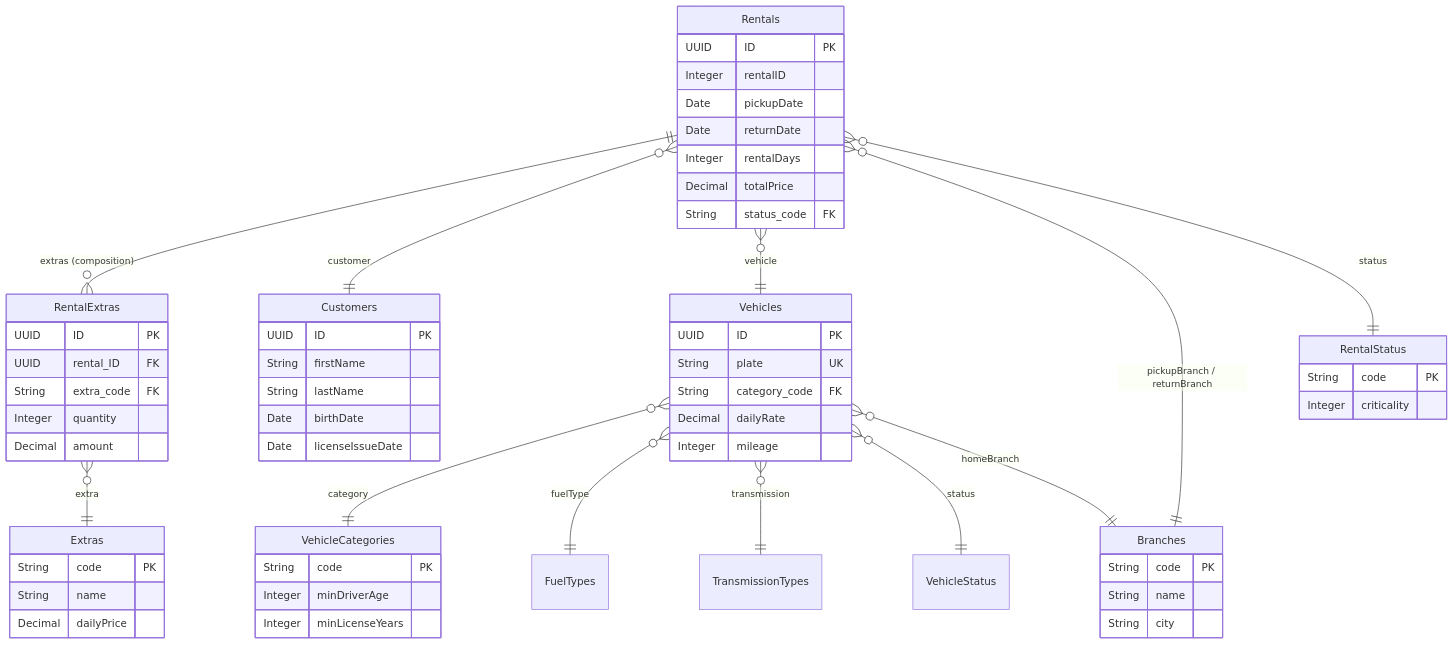
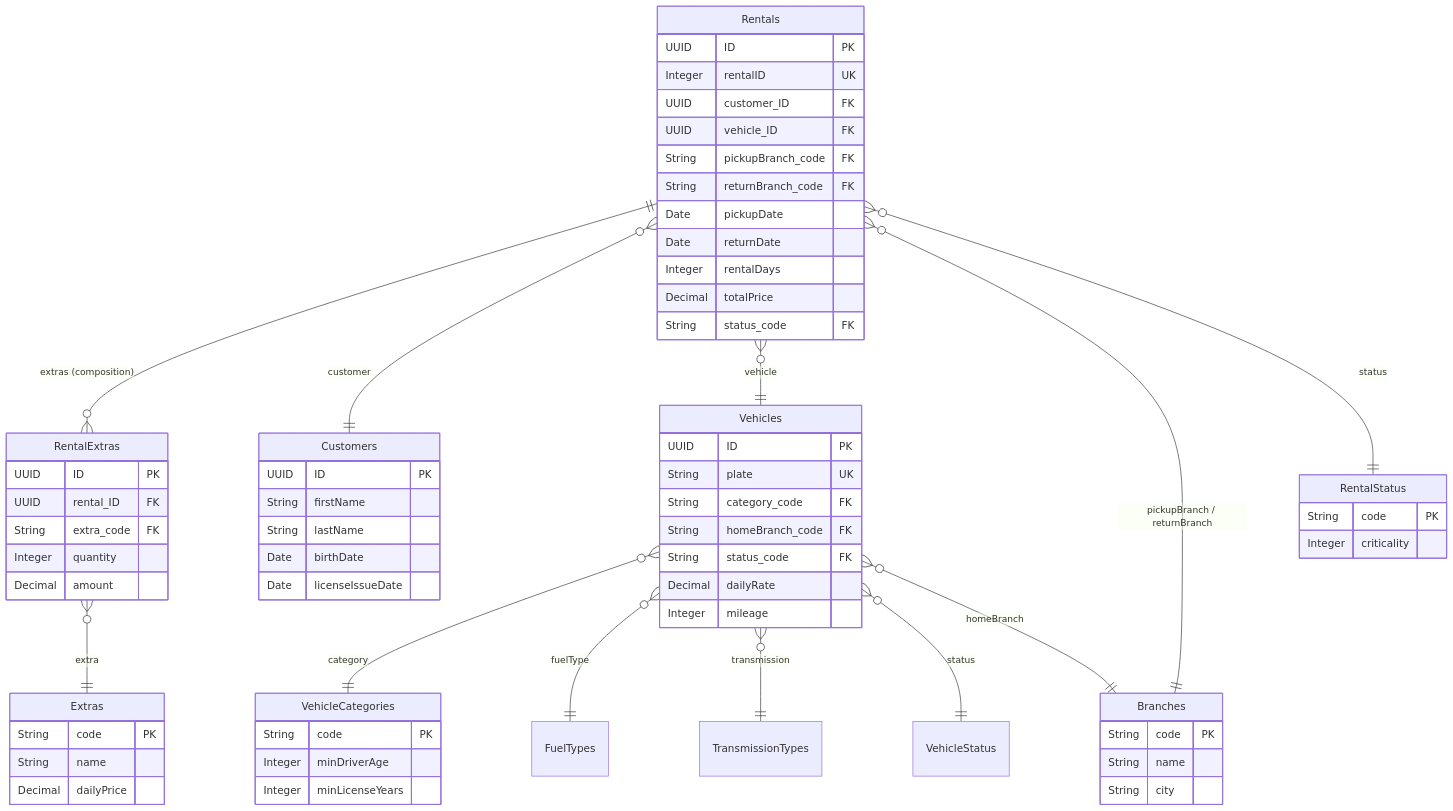
One commit to ertugrulcelikgpt/AracKiralama changed the third of 6 diagrams in docs/mimari.md. Above: the diagram before and after it, drawn with Mermaid. The commit also changed other lines of this file and 16 other files, not shown here.

````diff
--- a/docs/mimari.md
+++ b/docs/mimari.md
@@ -31,64 +64,70 @@
 ```mermaid
 erDiagram
   Rentals ||--o{ RentalExtras : "extras (composition)"
   Rentals }o--|| Customers : customer
   Rentals }o--|| Vehicles : vehicle
   Rentals }o--|| Branches : "pickupBranch / returnBranch"
   Rentals }o--|| RentalStatus : status
   RentalExtras }o--|| Extras : extra
   Vehicles }o--|| VehicleCategories : category
   Vehicles }o--|| FuelTypes : fuelType
   Vehicles }o--|| TransmissionTypes : transmission
   Vehicles }o--|| VehicleStatus : status
   Vehicles }o--|| Branches : homeBranch
 
   Rentals {
     UUID ID PK
-    Integer rentalID
+    Integer rentalID UK
+    UUID customer_ID FK
+    UUID vehicle_ID FK
+    String pickupBranch_code FK
+    String returnBranch_code FK
     Date pickupDate
     Date returnDate
     Integer rentalDays
     Decimal totalPrice
     String status_code FK
   }
   RentalExtras {
     UUID ID PK
     UUID rental_ID FK
     String extra_code FK
     Integer quantity
     Decimal amount
   }
   Vehicles {
     UUID ID PK
     String plate UK
     String category_code FK
+    String homeBranch_code FK
+    String status_code FK
     Decimal dailyRate
     Integer mileage
   }
   Customers {
     UUID ID PK
     String firstName
     String lastName
     Date birthDate
     Date licenseIssueDate
   }
   Branches {
     String code PK
     String name
     String city
   }
   Extras {
     String code PK
     String name
     Decimal dailyPrice
   }
   VehicleCategories {
     String code PK
     Integer minDriverAge
     Integer minLicenseYears
   }
   RentalStatus {
     String code PK
     Integer criticality
   }
 ```
````
